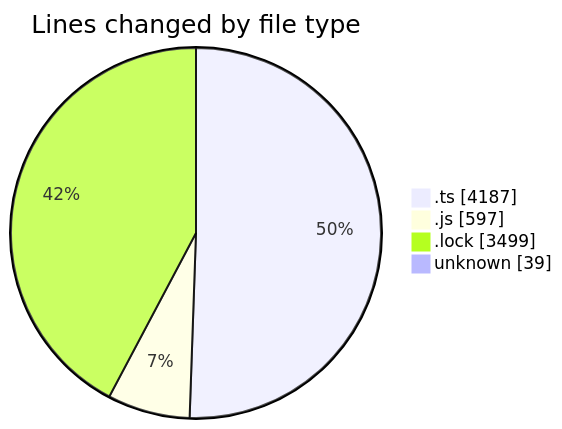
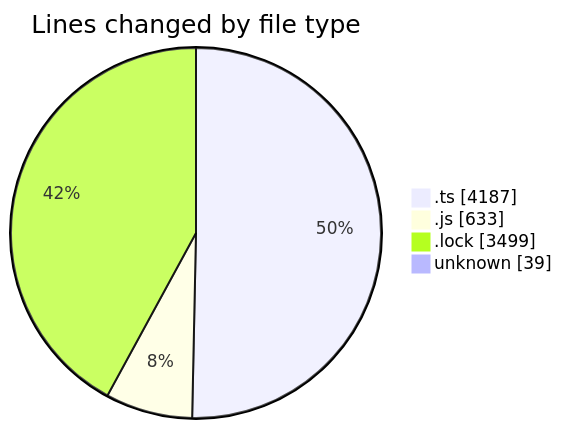
The first of 2 diagrams in 2025-05-20/cda/README.md (momahboobian/code-tracking), drawn with Mermaid before and after one commit. The commit also changed other lines of this file and 1 other file, not shown here.

````diff
--- a/2025-05-20/cda/README.md
+++ b/2025-05-20/cda/README.md
@@ -29,8 +30,8 @@
 ```mermaid
 pie showData
 title Lines changed by file type
 ".ts" : 4187
-".js" : 597
+".js" : 633
 ".lock" : 3499
 "unknown" : 39
 ```
````
